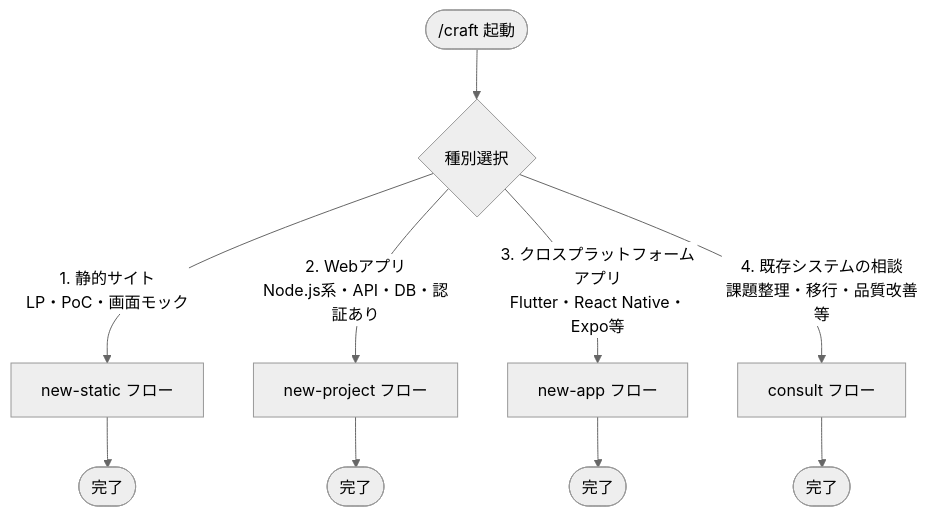
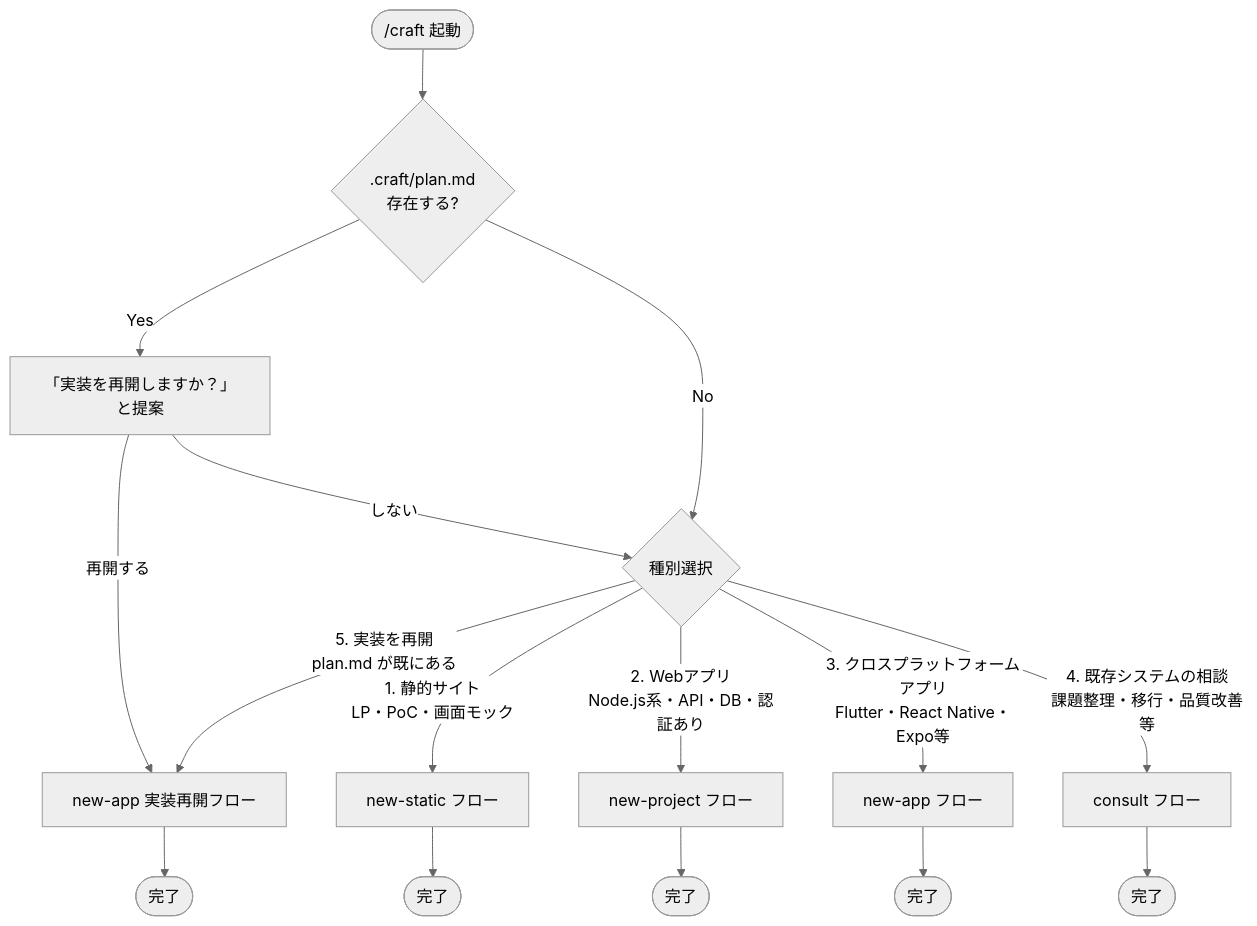
One commit to agaemo/dotfiles changed the first of 6 diagrams in claude/skills/craft/README.md. Above: the diagram before and after it, drawn with Mermaid (neutral theme). The commit also changed other lines of this file, not shown here.

Commit message:
craftスキル README: 起動フロー図と説明文を更新
- 起動フローに plan.md 自動検出と「実装を再開」オプション（選択肢5）を追加
- new-app の説明にFirebase分岐・競合注記・実装再開フローを追記

````diff
--- a/claude/skills/craft/README.md
+++ b/claude/skills/craft/README.md
@@ -10,12 +10,21 @@
 ```mermaid
 flowchart TD
-    START([/craft 起動]) --> ROUTE{種別選択}
+    START([/craft 起動]) --> DETECT{.craft/plan.md\n存在する?}
+    DETECT -->|Yes| SUGGEST["「実装を再開しますか？」と提案"]
+    SUGGEST -->|再開する| RESUME[new-app 実装再開フロー]
+    SUGGEST -->|しない| ROUTE
+    DETECT -->|No| ROUTE
+
+    ROUTE{種別選択}
     ROUTE -->|1. 静的サイト\nLP・PoC・画面モック| STATIC[new-static フロー]
     ROUTE -->|2. Webアプリ\nNode.js系・API・DB・認証あり| DYNAMIC[new-project フロー]
     ROUTE -->|3. クロスプラットフォームアプリ\nFlutter・React Native・Expo等| APP[new-app フロー]
     ROUTE -->|4. 既存システムの相談\n課題整理・移行・品質改善等| CONSULT[consult フロー]
+    ROUTE -->|5. 実装を再開\nplan.md が既にある| RESUME
+
     STATIC --> END_S([完了])
     DYNAMIC --> END_D([完了])
     APP --> END_A([完了])
     CONSULT --> END_C([完了])
+    RESUME --> END_R([完了])
 ```
````
